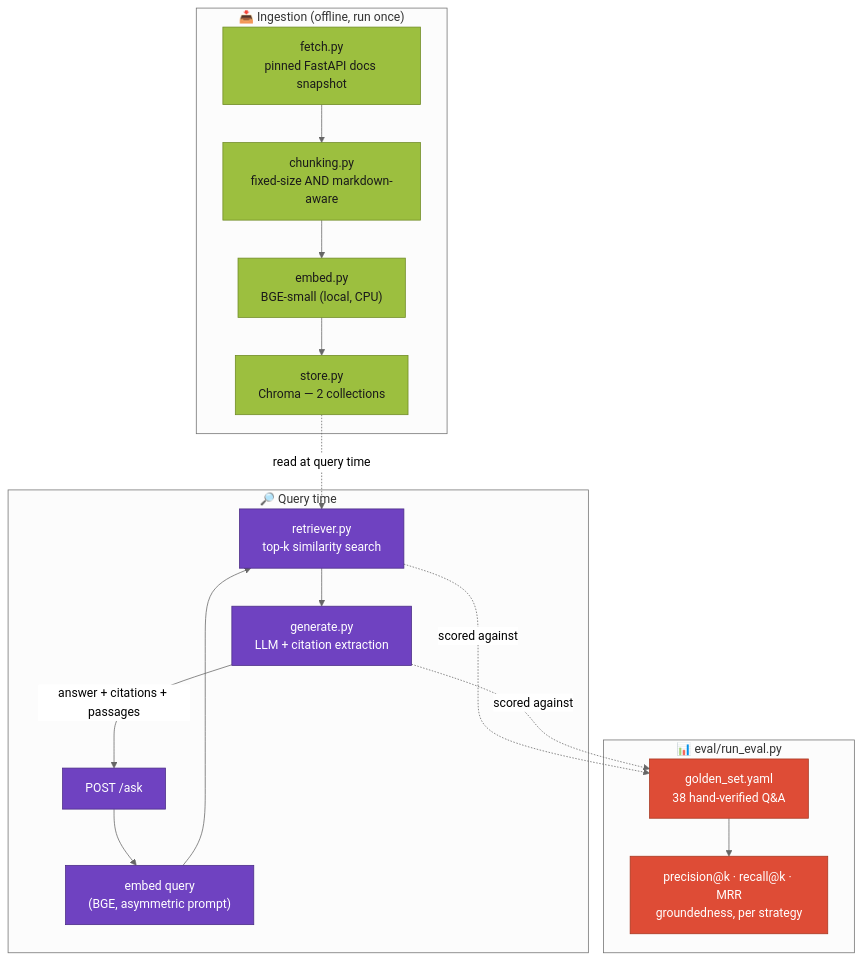
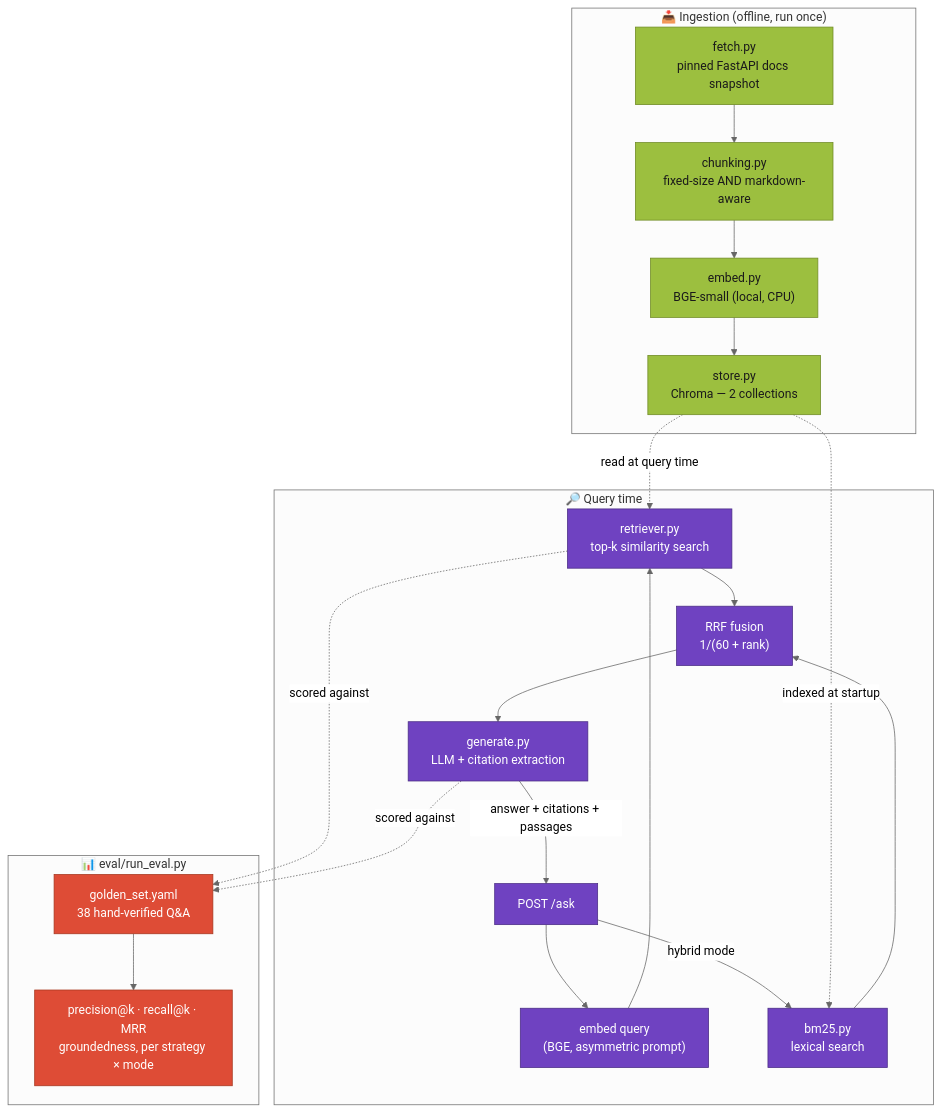
Before and after one commit to Totm33606/doc-qa-agent: the diagram in README.md, drawn with Mermaid (neutral theme). The commit also changed other lines of this file and 14 other files, not shown here.

````diff
--- a/README.md
+++ b/README.md
@@ -129,37 +146,42 @@
 ```mermaid
 flowchart TD
     subgraph Ingestion["📥 Ingestion (offline, run once)"]
         F["fetch.py<br/>pinned FastAPI docs snapshot"]
         C["chunking.py<br/>fixed-size AND markdown-aware"]
         E1["embed.py<br/>BGE-small (local, CPU)"]
         S1["store.py<br/>Chroma — 2 collections"]
         F --> C --> E1 --> S1
     end
 
     subgraph Query["🔎 Query time"]
         Q["POST /ask"]
         E2["embed query<br/>(BGE, asymmetric prompt)"]
         R["retriever.py<br/>top-k similarity search"]
+        B["bm25.py<br/>lexical search"]
+        RRF["RRF fusion<br/>1/(60 + rank)"]
         G["generate.py<br/>LLM + citation extraction"]
-        Q --> E2 --> R --> G
+        Q --> E2 --> R --> RRF
+        Q -->|"hybrid mode"| B --> RRF
+        RRF --> G
     end
 
     S1 -.->|"read at query time"| R
+    S1 -.->|"indexed at startup"| B
     G -->|"answer + citations + passages"| Q
 
     subgraph Eval["📊 eval/run_eval.py"]
         GS["golden_set.yaml<br/>38 hand-verified Q&A"]
-        M["precision@k · recall@k · MRR<br/>groundedness, per strategy"]
+        M["precision@k · recall@k · MRR<br/>groundedness, per strategy × mode"]
         GS --> M
     end
     R -.->|"scored against"| GS
     G -.->|"scored against"| GS
 
     classDef ingest fill:#9cbf3f,stroke:#6f8a24,color:#1a1a1a
     classDef query fill:#6f42c1,stroke:#4a2c85,color:#ffffff
     classDef eval fill:#de4c36,stroke:#a6371f,color:#ffffff
 
     class F,C,E1,S1 ingest
-    class Q,E2,R,G query
+    class Q,E2,R,B,RRF,G query
     class GS,M eval
 ```
````
